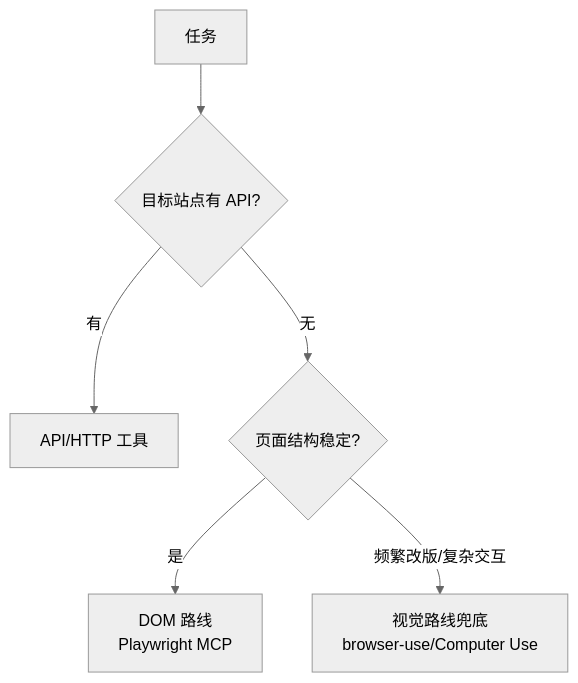
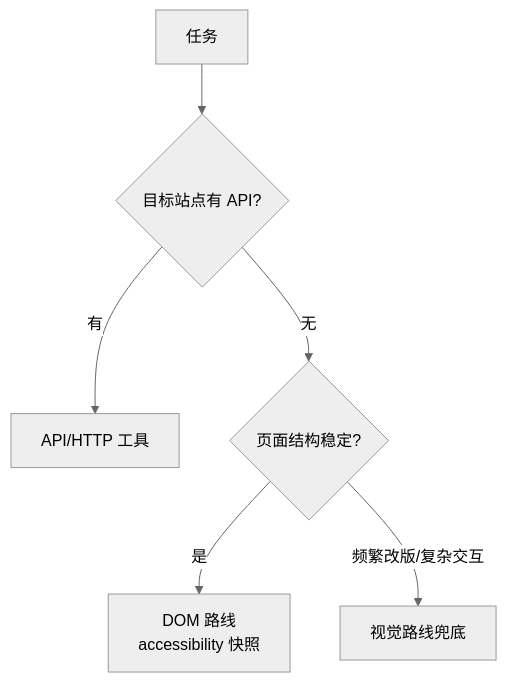
One commit to funny8kids/ai-agent-handbook changed the diagram in docs/12-applications/browser-automation.md. Above: the diagram before and after it, drawn with Mermaid (neutral theme). The commit also changed other lines of this file and 6 other files, not shown here.

````diff
--- a/docs/12-applications/browser-automation.md
+++ b/docs/12-applications/browser-automation.md
@@ -25,8 +61,8 @@
 ```mermaid
 flowchart TD
   A[任务] --> B{目标站点有 API?}
   B -- 有 --> C[API/HTTP 工具]
   B -- 无 --> D{页面结构稳定?}
-  D -- 是 --> E[DOM 路线<br/>Playwright MCP]
-  D -- 频繁改版/复杂交互 --> F[视觉路线兜底<br/>browser-use/Computer Use]
+  D -- 是 --> E[DOM 路线<br/>accessibility 快照]
+  D -- 频繁改版/复杂交互 --> F[视觉路线兜底]
 ```
````
